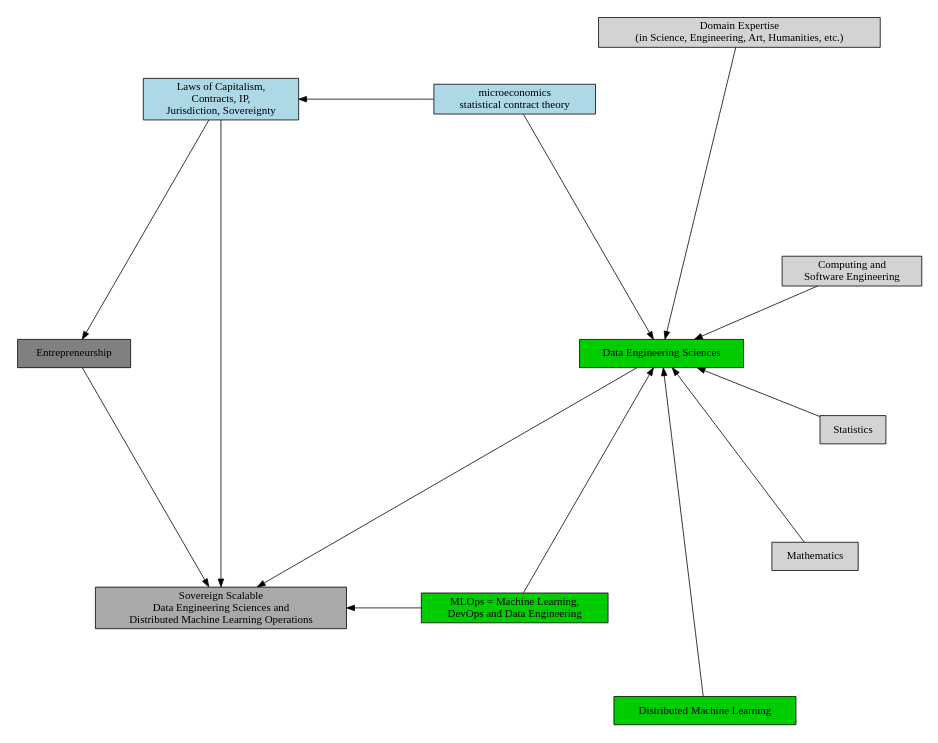
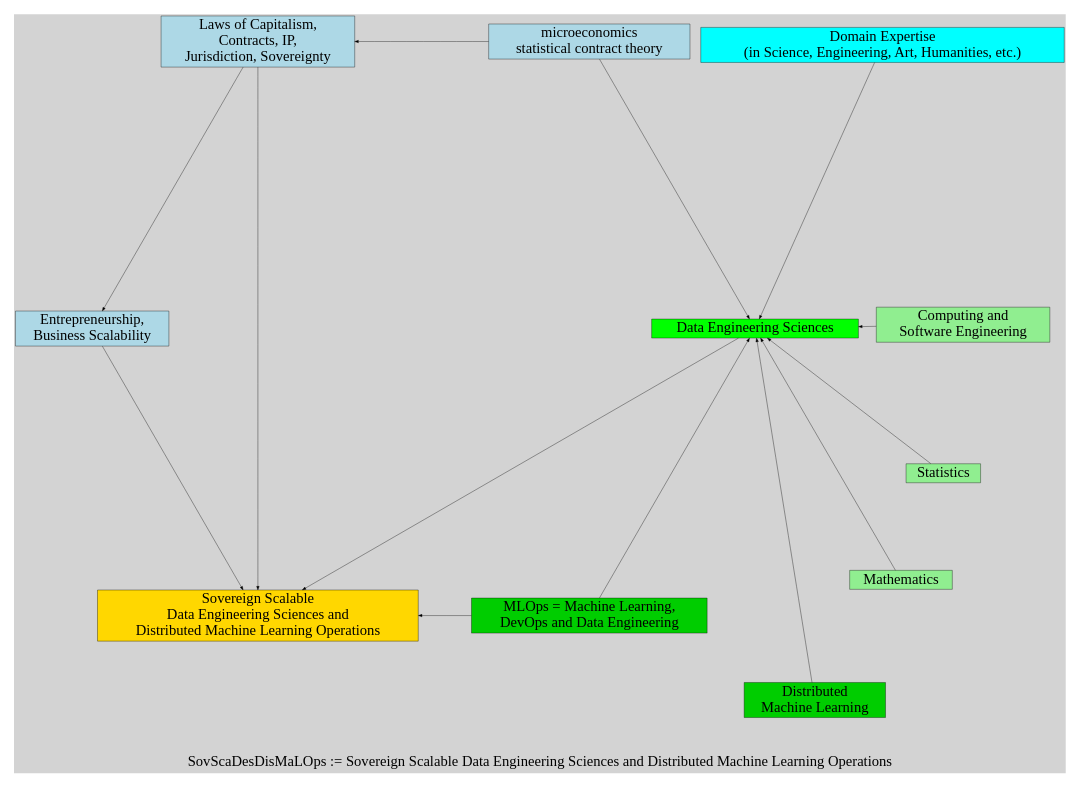
The diagram in docs/2025/src/introduction.md (VakeWorks/SovScaDesDisMaLOps), drawn with Graphviz before and after one commit. The commit also changed other lines of this file and 2 other files, not shown here.

Commit message:
docs intro and overview done

````diff
--- a/docs/2025/src/introduction.md
+++ b/docs/2025/src/introduction.md
@@ -30,42 +20,49 @@
 ```dot process
 digraph {
     layout="circo";
-    size ="7,7";
-    ranksep = 3;
-    nodesep = 4;
-    node [shape=record, width=0.3, fillcolor=green3, style=filled];
+    label="\n\nSovScaDesDisMaLOps := Sovereign Scalable Data Engineering Sciences and Distributed Machine Learning Operations"
+    fontsize="40"
+    size ="8,8";
+    graph [bgcolor=lightgray, fontsize=40]
+    node [fontsize=40]
+    edge [fontsize=40]
+    ranksep = 4;
+    nodesep = 3;
+    node [shape=record, fillcolor=green1, style=filled];
     Des [label="Data Engineering Sciences"];
-    DisML [label="Distributed Machine Learning"];
+    node [shape=record, fillcolor=green3, style=filled];
+    DisML [label="Distributed \nMachine Learning"];
     MLOps [label="MLOps =  Machine Learning,\n DevOps and Data Engineering"];
 
     node [shape=record, fillcolor=lightblue, style=filled];
     LawSov [label="Laws of Capitalism,\n Contracts, IP,\n Jurisdiction, Sovereignty"];
     ConThe  [label="microeconomics\n statistical contract theory"];
     
-    node [shape=record, fillcolor=lightgray, style=filled];
+    node [shape=record, fillcolor=lightgreen, style=filled];
     MATHS [label="Mathematics"];
     STATS [label="Statistics"];
     COMPT [label="Computing and \n Software Engineering"];
+    node [shape=record, fillcolor=cyan, style=filled];
     DOMEX  [label="Domain Expertise\n (in Science, Engineering, Art, Humanities, etc.)"];
 
-    node [shape=record, fillcolor=gray, style=filled];
-    Entrp [label="Entrepreneurship"];
+    node [shape=record, fillcolor=lightblue, style=filled];
+    Entrp [label="Entrepreneurship,\nBusiness Scalability"];
 
-    node [shape=record, fillcolor=darkgray, style=filled];
+    node [shape=record, fillcolor=gold, style=filled];
     SovScaDesDisMaLOps [label="Sovereign Scalable \n Data Engineering Sciences and\n Distributed Machine Learning Operations"];
     
     ConThe -> LawSov;
     LawSov -> Entrp;
     MATHS -> Des;
     STATS -> Des;
     COMPT -> Des;
     DOMEX -> Des;
     ConThe -> Des;
     DisML -> Des; 
     MLOps -> Des; 
     Des -> SovScaDesDisMaLOps; 
     MLOps -> SovScaDesDisMaLOps; 
     LawSov -> SovScaDesDisMaLOps; 
     Entrp -> SovScaDesDisMaLOps; 
 }
 ```
````
